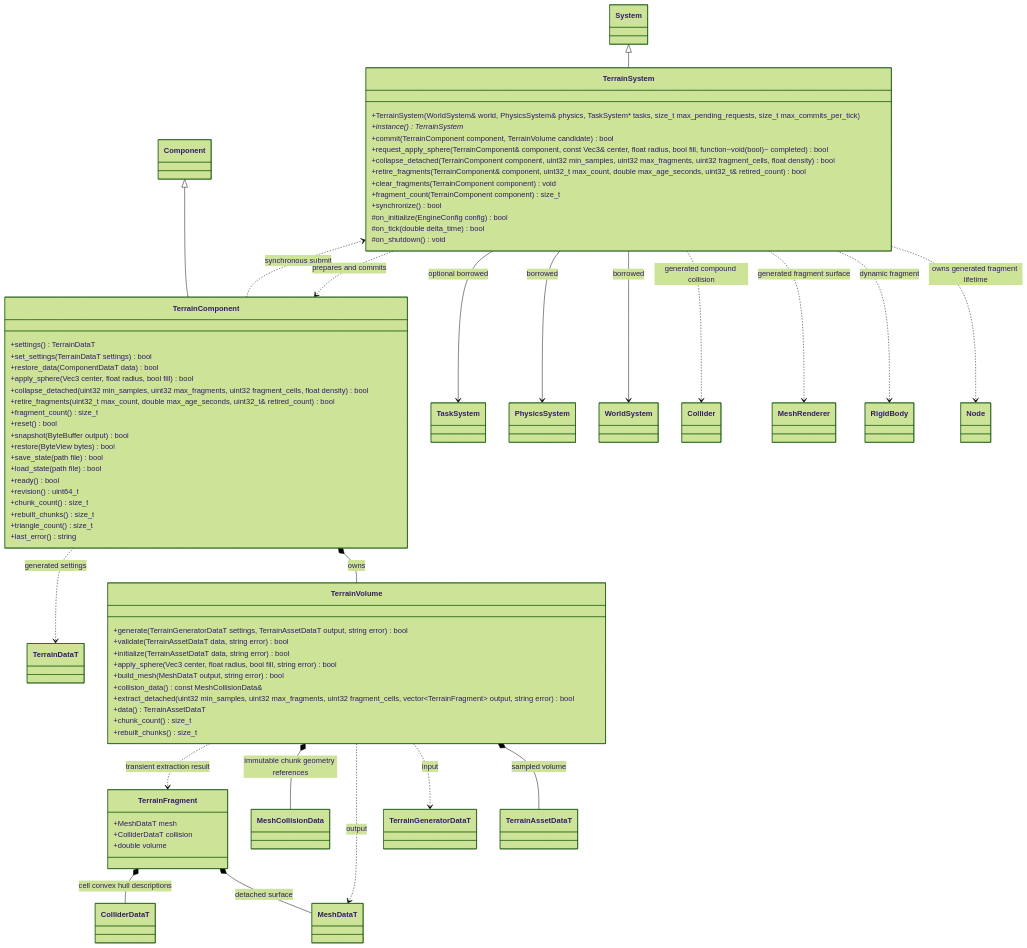
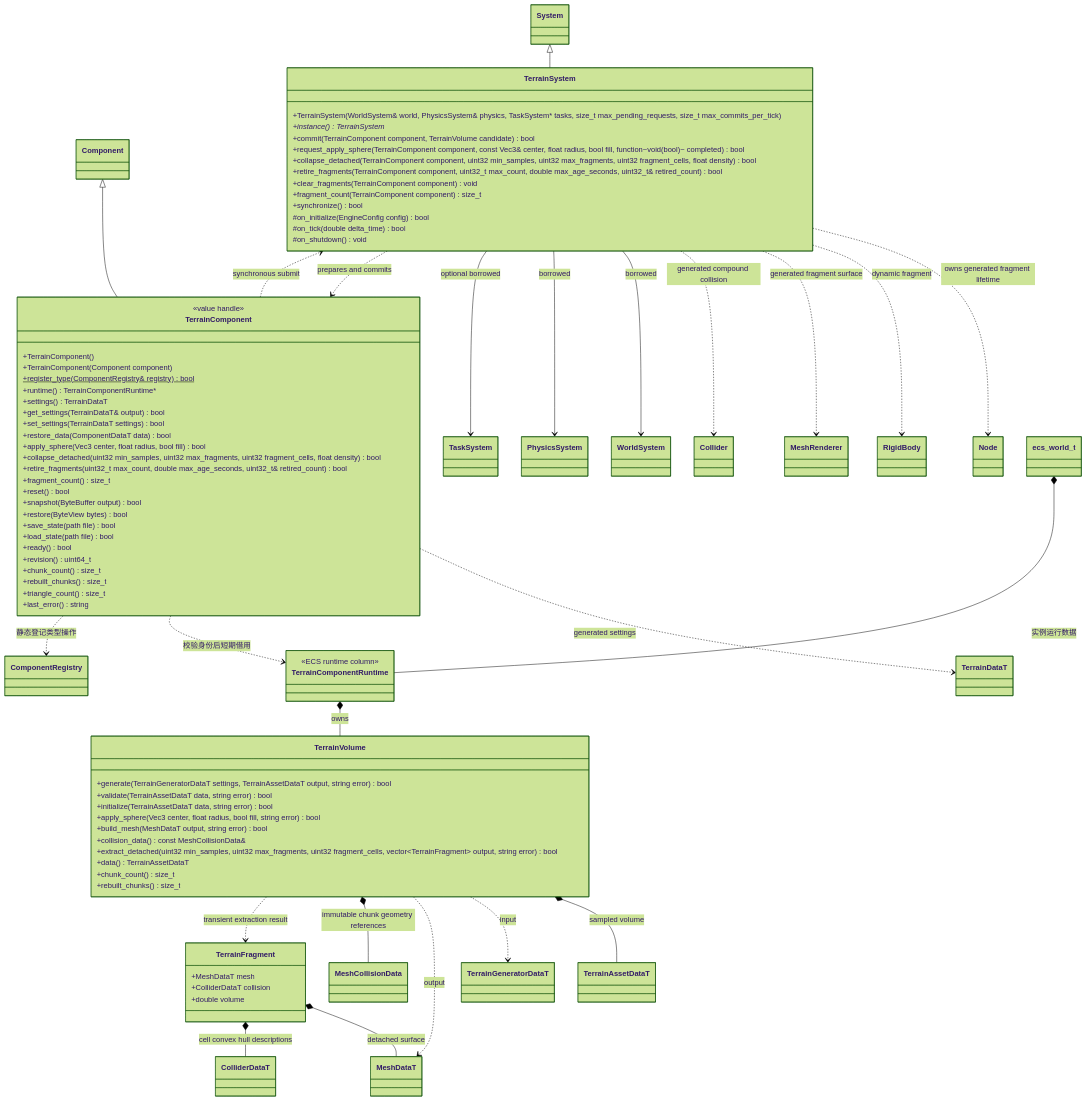
One commit to lcals/Engine changed the diagram in docs/plugins/runtime/class-diagrams/terrain.md. Above: the diagram before and after it, drawn with Mermaid (forest theme). The commit also changed other lines of this file and 291 other files, not shown here.

Commit message:
Migrate scene data to ECS and add rendering quality controls

````diff
--- a/docs/plugins/runtime/class-diagrams/terrain.md
+++ b/docs/plugins/runtime/class-diagrams/terrain.md
@@ -33,7 +33,13 @@
 +rebuilt_chunks() size_t
 }
 class TerrainComponent {
+        <<value handle>>
+        +TerrainComponent()
+        +TerrainComponent(Component component)
+        +register_type(ComponentRegistry& registry) bool$
+        +runtime() TerrainComponentRuntime#42;
 +settings() TerrainDataT
++get_settings(TerrainDataT& output) bool
 +set_settings(TerrainDataT settings) bool
 +restore_data(ComponentDataT data) bool
 +apply_sphere(Vec3 center, float radius, bool fill) bool
@@ -56,9 +62,9 @@
 +TerrainSystem(WorldSystem& world, PhysicsSystem& physics, TaskSystem* tasks, size_t max_pending_requests, size_t max_commits_per_tick)
 +instance() TerrainSystem*
 +commit(TerrainComponent component, TerrainVolume candidate) bool
-+request_apply_sphere(TerrainComponent& component, const Vec3& center, float radius, bool fill, function~void(bool)~ completed) bool
++request_apply_sphere(TerrainComponent component, const Vec3& center, float radius, bool fill, function~void(bool)~ completed) bool
 +collapse_detached(TerrainComponent component, uint32 min_samples, uint32 max_fragments, uint32 fragment_cells, float density) bool
-+retire_fragments(TerrainComponent& component, uint32_t max_count, double max_age_seconds, uint32_t& retired_count) bool
++retire_fragments(TerrainComponent component, uint32_t max_count, double max_age_seconds, uint32_t& retired_count) bool
 +clear_fragments(TerrainComponent component) void
 +fragment_count(TerrainComponent component) size_t
 +synchronize() bool
@@ -68,7 +74,7 @@
 }
 System <|-- TerrainSystem
 Component <|-- TerrainComponent
-TerrainComponent *-- TerrainVolume : owns
+TerrainComponentRuntime *-- TerrainVolume : owns
 TerrainVolume *-- TerrainAssetDataT : sampled volume
 TerrainVolume ..> TerrainGeneratorDataT : input
 TerrainVolume ..> MeshDataT : output
@@ -86,4 +92,13 @@
 TerrainSystem --> PhysicsSystem : borrowed
 TerrainSystem --> TaskSystem : optional borrowed
 TerrainSystem ..> TerrainComponent : prepares and commits
+    class ComponentRegistry
+    class ecs_world_t
+    class TerrainComponentRuntime {
+        <<ECS runtime column>>
+    }
+    ecs_world_t *-- TerrainComponentRuntime : 实例运行数据
+    TerrainComponent ..> TerrainComponentRuntime : 校验身份后短期借用
+    TerrainComponent ..> ComponentRegistry : 静态登记类型操作
+
 ```
````
